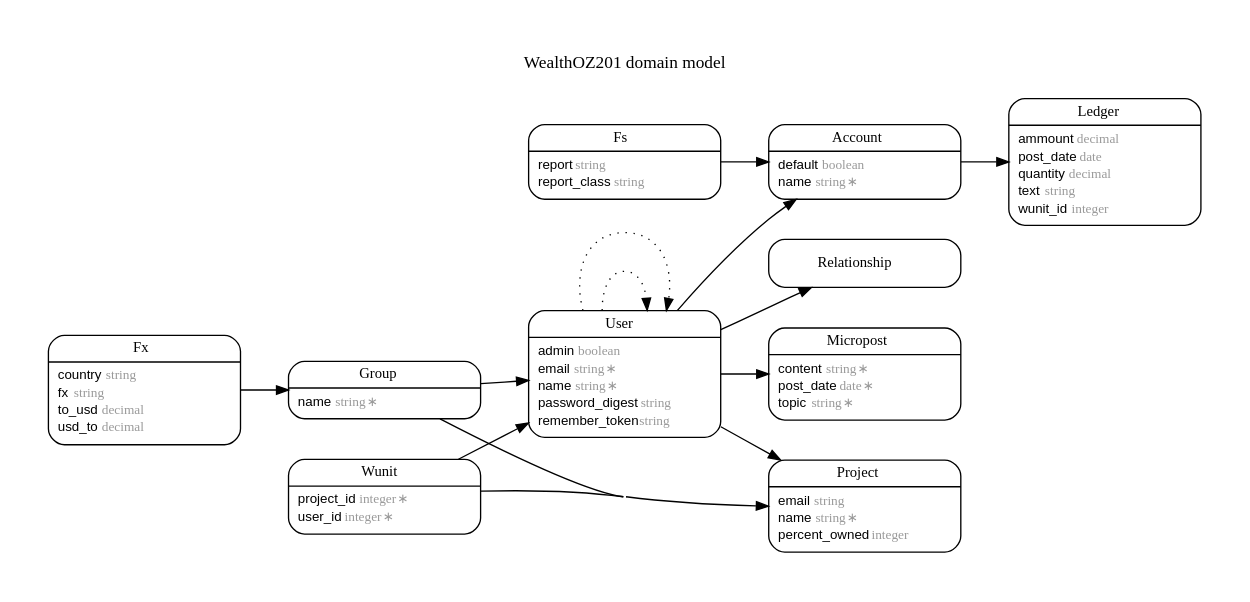
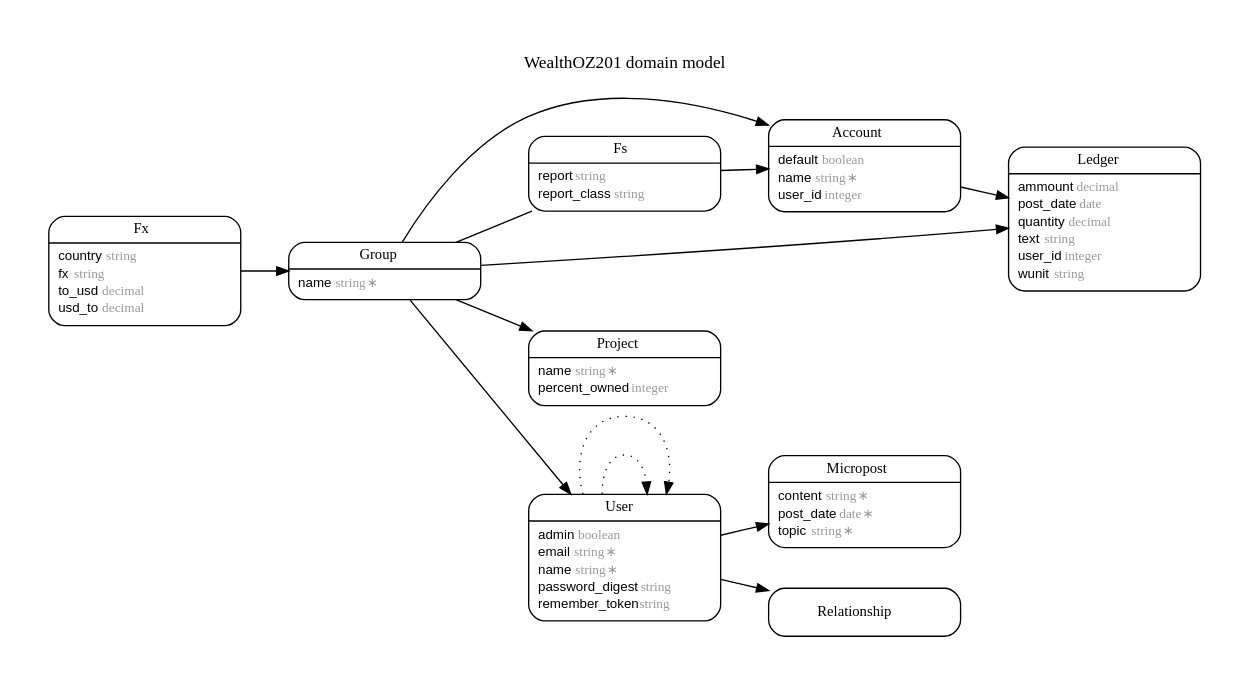
Before and after one commit to wealthoz/wealthoz.com: the diagram in erd.dot, drawn with Graphviz. The commit also changed 21 other files, not shown here.

Commit message:
Fixed ledger and project relation to groups 9

```diff
--- a/erd.dot
+++ b/erd.dot
@@ -1,122 +1,113 @@
 digraph WealthOZ201 {
 rankdir = "LR";
 ranksep = "0.5";
 nodesep = "0.4";
 pad = "0.4,0.4";
 margin = "0,0";
 concentrate = "true";
 labelloc = "t";
 fontsize = "13";
 fontname = "Arial Bold";
 node[ shape  =  "Mrecord" , fontsize  =  "10" , fontname  =  "Arial" , margin  =  "0.07,0.05" , penwidth  =  "1.0"];
 edge[ fontname  =  "Arial" , fontsize  =  "7" , dir  =  "both" , arrowsize  =  "0.9" , penwidth  =  "1.0" , labelangle  =  "32" , labeldistance  =  "1.8"];
 label = "WealthOZ201 domain model\n\n";
 m_Account [label = <<table border="0" align="center" cellspacing="0.5" cellpadding="0" width="134">
   <tr><td align="center" valign="bottom" width="130"><font face="Arial Bold" point-size="11">Account</font></td></tr>
 </table>
 |
 <table border="0" align="left" cellspacing="2" cellpadding="0" width="134">
   <tr><td align="left" width="130" port="default">default <font face="Arial Italic" color="grey60">boolean</font></td></tr>
   <tr><td align="left" width="130" port="name">name <font face="Arial Italic" color="grey60">string ∗</font></td></tr>
+  <tr><td align="left" width="130" port="user_id">user_id <font face="Arial Italic" color="grey60">integer</font></td></tr>
 </table>
 >];
 m_Fs [label = <<table border="0" align="center" cellspacing="0.5" cellpadding="0" width="134">
   <tr><td align="center" valign="bottom" width="130"><font face="Arial Bold" point-size="11">Fs</font></td></tr>
 </table>
 |
 <table border="0" align="left" cellspacing="2" cellpadding="0" width="134">
   <tr><td align="left" width="130" port="report">report <font face="Arial Italic" color="grey60">string</font></td></tr>
   <tr><td align="left" width="130" port="report_class">report_class <font face="Arial Italic" color="grey60">string</font></td></tr>
 </table>
 >];
 m_Fx [label = <<table border="0" align="center" cellspacing="0.5" cellpadding="0" width="134">
   <tr><td align="center" valign="bottom" width="130"><font face="Arial Bold" point-size="11">Fx</font></td></tr>
 </table>
 |
 <table border="0" align="left" cellspacing="2" cellpadding="0" width="134">
   <tr><td align="left" width="130" port="country">country <font face="Arial Italic" color="grey60">string</font></td></tr>
   <tr><td align="left" width="130" port="fx">fx <font face="Arial Italic" color="grey60">string</font></td></tr>
   <tr><td align="left" width="130" port="to_usd">to_usd <font face="Arial Italic" color="grey60">decimal</font></td></tr>
   <tr><td align="left" width="130" port="usd_to">usd_to <font face="Arial Italic" color="grey60">decimal</font></td></tr>
 </table>
 >];
 m_Group [label = <<table border="0" align="center" cellspacing="0.5" cellpadding="0" width="134">
   <tr><td align="center" valign="bottom" width="130"><font face="Arial Bold" point-size="11">Group</font></td></tr>
 </table>
 |
 <table border="0" align="left" cellspacing="2" cellpadding="0" width="134">
   <tr><td align="left" width="130" port="name">name <font face="Arial Italic" color="grey60">string ∗</font></td></tr>
 </table>
 >];
 m_Ledger [label = <<table border="0" align="center" cellspacing="0.5" cellpadding="0" width="134">
   <tr><td align="center" valign="bottom" width="130"><font face="Arial Bold" point-size="11">Ledger</font></td></tr>
 </table>
 |
 <table border="0" align="left" cellspacing="2" cellpadding="0" width="134">
   <tr><td align="left" width="130" port="ammount">ammount <font face="Arial Italic" color="grey60">decimal</font></td></tr>
   <tr><td align="left" width="130" port="post_date">post_date <font face="Arial Italic" color="grey60">date</font></td></tr>
   <tr><td align="left" width="130" port="quantity">quantity <font face="Arial Italic" color="grey60">decimal</font></td></tr>
   <tr><td align="left" width="130" port="text">text <font face="Arial Italic" color="grey60">string</font></td></tr>
-  <tr><td align="left" width="130" port="wunit_id">wunit_id <font face="Arial Italic" color="grey60">integer</font></td></tr>
+  <tr><td align="left" width="130" port="user_id">user_id <font face="Arial Italic" color="grey60">integer</font></td></tr>
+  <tr><td align="left" width="130" port="wunit">wunit <font face="Arial Italic" color="grey60">string</font></td></tr>
 </table>
 >];
 m_Micropost [label = <<table border="0" align="center" cellspacing="0.5" cellpadding="0" width="134">
   <tr><td align="center" valign="bottom" width="130"><font face="Arial Bold" point-size="11">Micropost</font></td></tr>
 </table>
 |
 <table border="0" align="left" cellspacing="2" cellpadding="0" width="134">
   <tr><td align="left" width="130" port="content">content <font face="Arial Italic" color="grey60">string ∗</font></td></tr>
   <tr><td align="left" width="130" port="post_date">post_date <font face="Arial Italic" color="grey60">date ∗</font></td></tr>
   <tr><td align="left" width="130" port="topic">topic <font face="Arial Italic" color="grey60">string ∗</font></td></tr>
 </table>
 >];
 m_Project [label = <<table border="0" align="center" cellspacing="0.5" cellpadding="0" width="134">
   <tr><td align="center" valign="bottom" width="130"><font face="Arial Bold" point-size="11">Project</font></td></tr>
 </table>
 |
 <table border="0" align="left" cellspacing="2" cellpadding="0" width="134">
-  <tr><td align="left" width="130" port="email">email <font face="Arial Italic" color="grey60">string</font></td></tr>
   <tr><td align="left" width="130" port="name">name <font face="Arial Italic" color="grey60">string ∗</font></td></tr>
   <tr><td align="left" width="130" port="percent_owned">percent_owned <font face="Arial Italic" color="grey60">integer</font></td></tr>
 </table>
 >];
 m_Relationship [label = <<table border="0" align="center" cellspacing="0.5" cellpadding="0" width="134">
   <tr><td align="center" valign="bottom" width="130"><font face="Arial Bold" point-size="11">Relationship</font></td></tr>
 </table>
 >];
 m_User [label = <<table border="0" align="center" cellspacing="0.5" cellpadding="0" width="134">
   <tr><td align="center" valign="bottom" width="130"><font face="Arial Bold" point-size="11">User</font></td></tr>
 </table>
 |
 <table border="0" align="left" cellspacing="2" cellpadding="0" width="134">
   <tr><td align="left" width="130" port="admin">admin <font face="Arial Italic" color="grey60">boolean</font></td></tr>
   <tr><td align="left" width="130" port="email">email <font face="Arial Italic" color="grey60">string ∗</font></td></tr>
   <tr><td align="left" width="130" port="name">name <font face="Arial Italic" color="grey60">string ∗</font></td></tr>
   <tr><td align="left" width="130" port="password_digest">password_digest <font face="Arial Italic" color="grey60">string</font></td></tr>
   <tr><td align="left" width="130" port="remember_token">remember_token <font face="Arial Italic" color="grey60">string</font></td></tr>
 </table>
 >];
-m_Wunit [label = <<table border="0" align="center" cellspacing="0.5" cellpadding="0" width="134">
-  <tr><td align="center" valign="bottom" width="130"><font face="Arial Bold" point-size="11">Wunit</font></td></tr>
-</table>
-|
-<table border="0" align="left" cellspacing="2" cellpadding="0" width="134">
-  <tr><td align="left" width="130" port="project_id">project_id <font face="Arial Italic" color="grey60">integer ∗</font></td></tr>
-  <tr><td align="left" width="130" port="user_id">user_id <font face="Arial Italic" color="grey60">integer ∗</font></td></tr>
-</table>
->];
-  m_User -> m_Account [arrowhead = "normal", arrowtail = "none", weight = "2"];
+  m_Group -> m_Account [arrowhead = "normal", arrowtail = "none", weight = "2"];
   m_Fs -> m_Account [arrowhead = "normal", arrowtail = "none", weight = "2"];
   m_Account -> m_Ledger [arrowhead = "normal", arrowtail = "none", weight = "2"];
+  m_Group -> m_Fs [arrowhead = "none", arrowtail = "none", weight = "2"];
   m_Fx -> m_Group [arrowhead = "normal", arrowtail = "none", weight = "2"];
   m_Group -> m_User [arrowhead = "normal", arrowtail = "none", weight = "2"];
   m_Group -> m_Project [arrowhead = "normal", arrowtail = "none", weight = "2"];
+  m_Group -> m_Ledger [arrowhead = "normal", arrowtail = "none", weight = "2"];
   m_User -> m_Micropost [arrowhead = "normal", arrowtail = "none", weight = "2"];
-  m_User -> m_Project [arrowhead = "normal", arrowtail = "none", weight = "2"];
   m_User -> m_Relationship [arrowhead = "normal", arrowtail = "none", weight = "2"];
   m_User -> m_Relationship [arrowhead = "normal", arrowtail = "none", weight = "2"];
-  m_Wunit -> m_User [arrowhead = "normal", arrowtail = "none", weight = "2"];
   m_User -> m_User [style = "dotted", arrowhead = "normal", arrowtail = "none", weight = "1", constraint = "false"];
   m_User -> m_User [style = "dotted", arrowhead = "normal", arrowtail = "none", weight = "1", constraint = "false"];
-  m_Wunit -> m_Project [arrowhead = "normal", arrowtail = "none", weight = "1"];
 }
```
